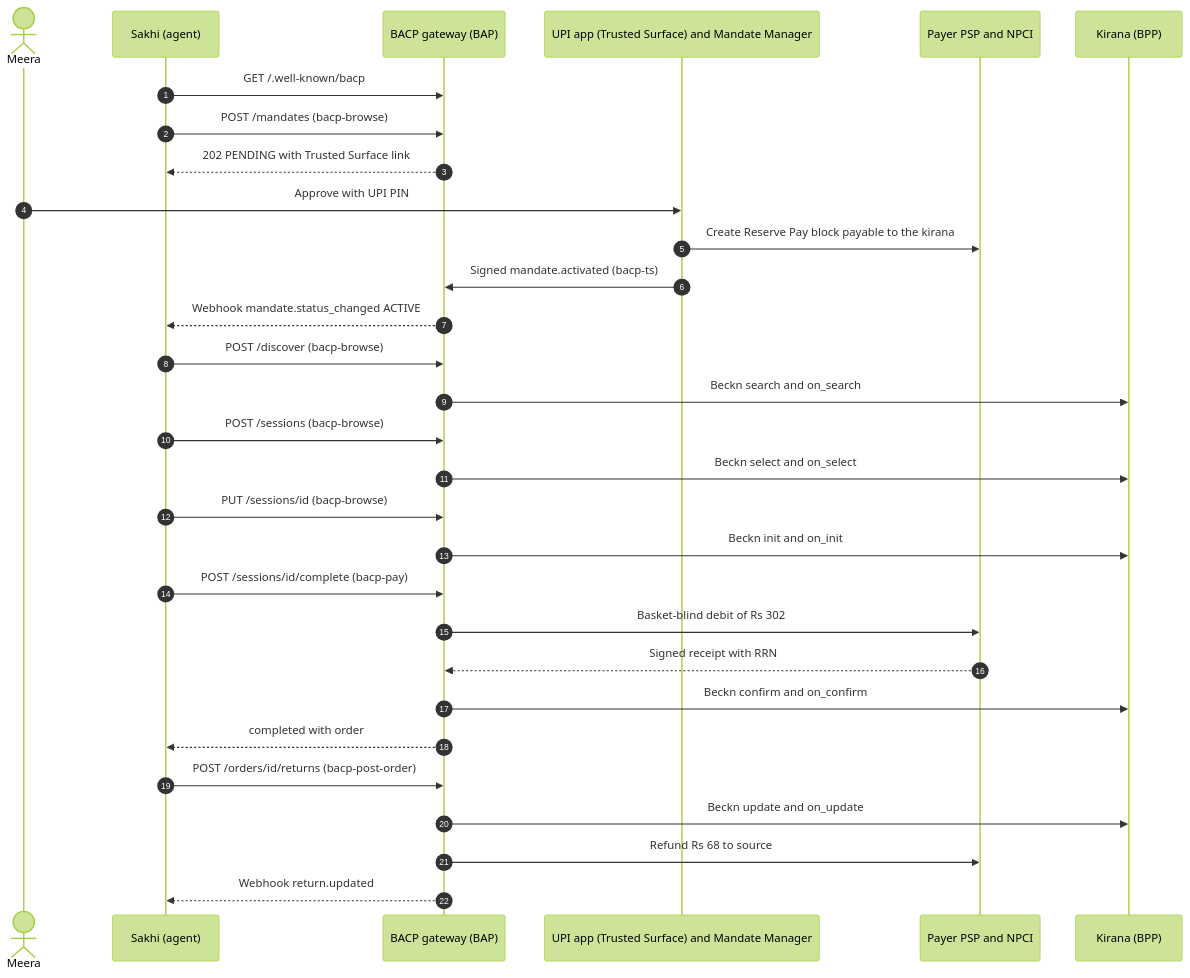
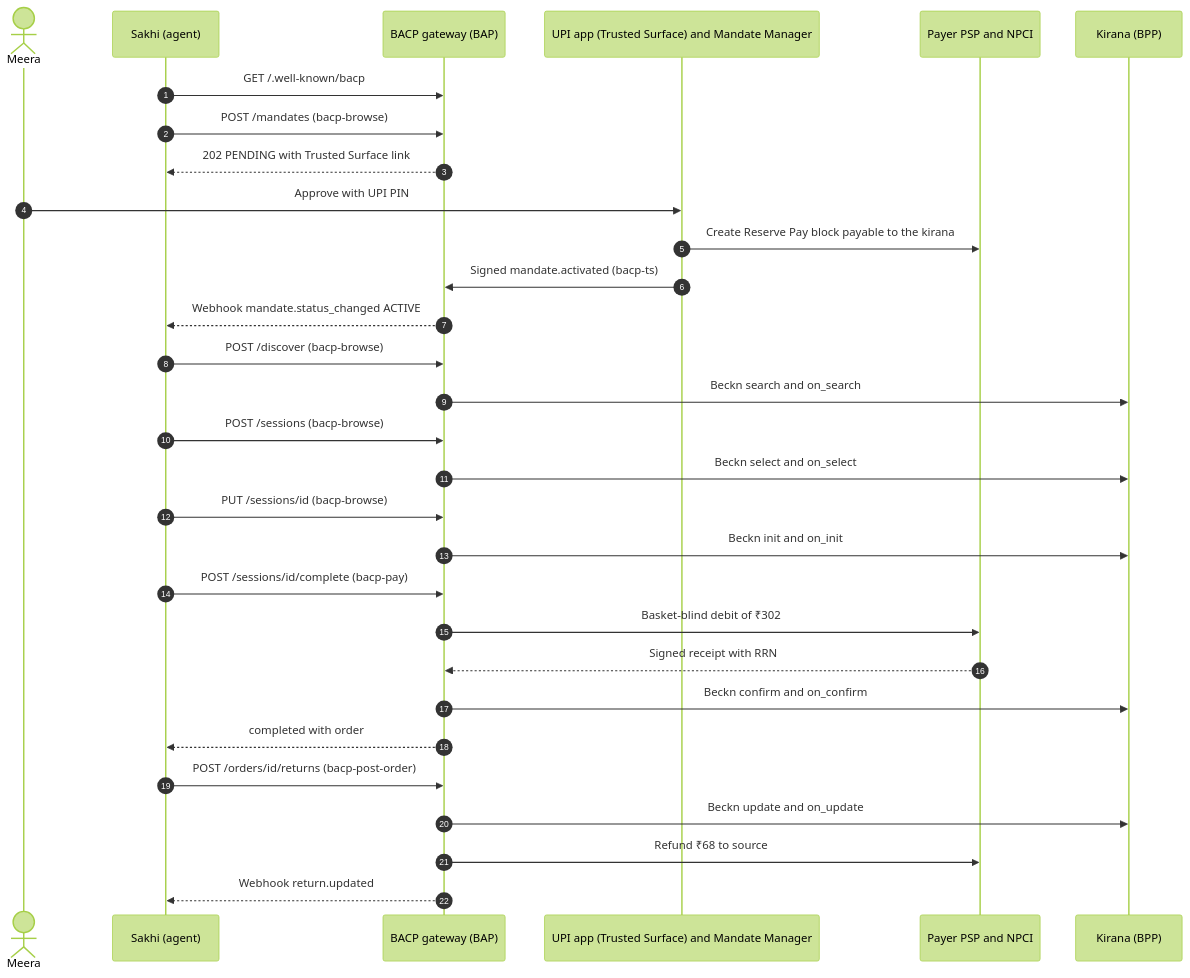
Before and after one commit to bacp-dev/bacp: the diagram in docs/specification/getting-started.md, drawn with Mermaid (forest theme). The commit also changed other lines of this file and 63 other files, not shown here.

````diff
--- a/docs/specification/getting-started.md
+++ b/docs/specification/getting-started.md
@@ -47,32 +50,32 @@
 ```mermaid
 sequenceDiagram
     autonumber
     actor U as Meera
     participant A as Sakhi (agent)
     participant G as BACP gateway (BAP)
     participant TS as UPI app (Trusted Surface) and Mandate Manager
     participant P as Payer PSP and NPCI
     participant S as Kirana (BPP)
     A->>G: GET /.well-known/bacp
     A->>G: POST /mandates (bacp-browse)
     G-->>A: 202 PENDING with Trusted Surface link
     U->>TS: Approve with UPI PIN
     TS->>P: Create Reserve Pay block payable to the kirana
     TS->>G: Signed mandate.activated (bacp-ts)
     G-->>A: Webhook mandate.status_changed ACTIVE
     A->>G: POST /discover (bacp-browse)
     G->>S: Beckn search and on_search
     A->>G: POST /sessions (bacp-browse)
     G->>S: Beckn select and on_select
     A->>G: PUT /sessions/id (bacp-browse)
     G->>S: Beckn init and on_init
     A->>G: POST /sessions/id/complete (bacp-pay)
-    G->>P: Basket-blind debit of Rs 302
+    G->>P: Basket-blind debit of ₹302
     P-->>G: Signed receipt with RRN
     G->>S: Beckn confirm and on_confirm
     G-->>A: completed with order
     A->>G: POST /orders/id/returns (bacp-post-order)
     G->>S: Beckn update and on_update
-    G->>P: Refund Rs 68 to source
+    G->>P: Refund ₹68 to source
     G-->>A: Webhook return.updated
 ```
````
